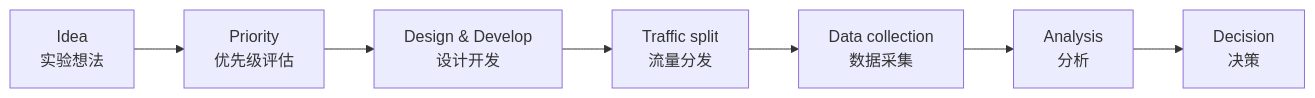
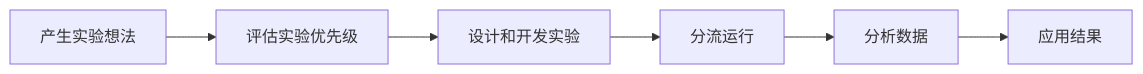
Before and after one commit to Ziwen-Lii/pique-review-site: the diagram in src/content/test-lecture-07.md, drawn with Mermaid. The commit also changed other lines of this file and 8 other files, not shown here.

````diff
--- a/src/content/test-lecture-07.md
+++ b/src/content/test-lecture-07.md
@@ -446,9 +379,8 @@
 ```mermaid
 flowchart LR
-  A["Idea<br/>实验想法"] --> B["Priority<br/>优先级评估"]
-  B --> C["Design & Develop<br/>设计开发"]
-  C --> D["Traffic split<br/>流量分发"]
-  D --> E["Data collection<br/>数据采集"]
-  E --> F["Analysis<br/>分析"]
-  F --> G["Decision<br/>决策"]
+  A["产生实验想法"] --> B["评估实验优先级"]
+  B --> C["设计和开发实验"]
+  C --> D["分流运行"]
+  D --> E["分析数据"]
+  E --> F["应用结果"]
 ```
````
